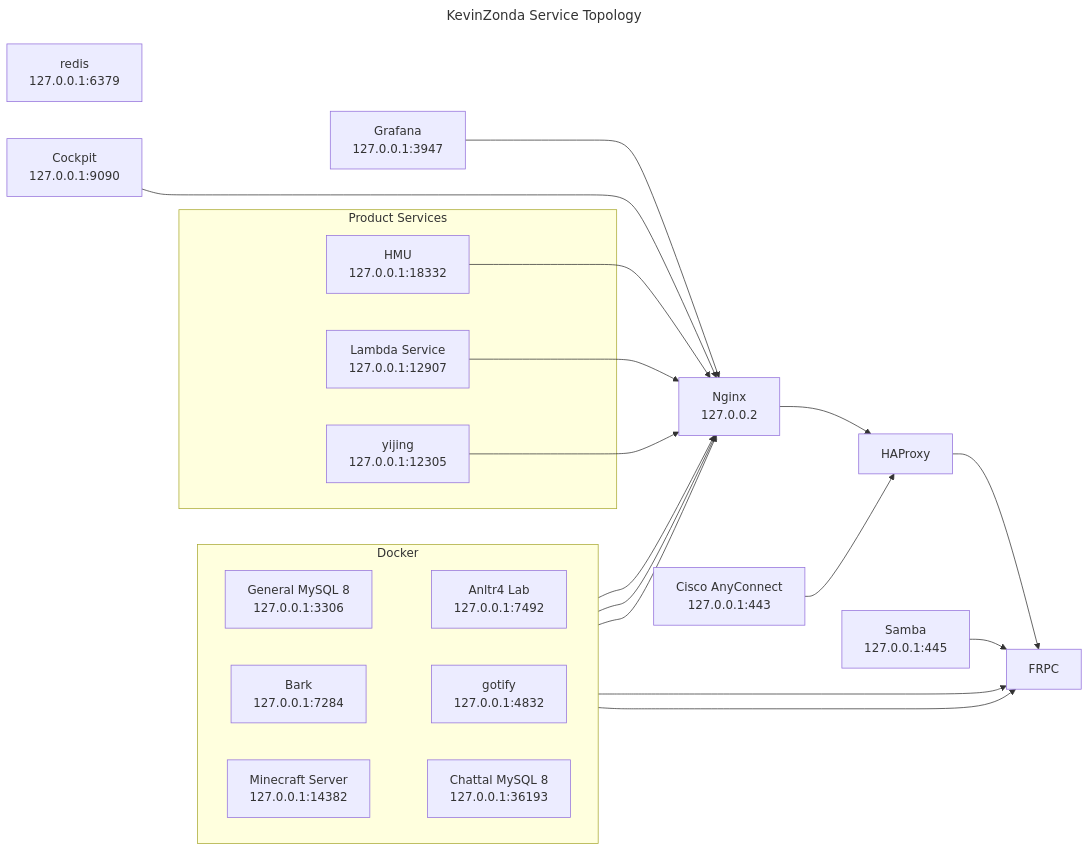
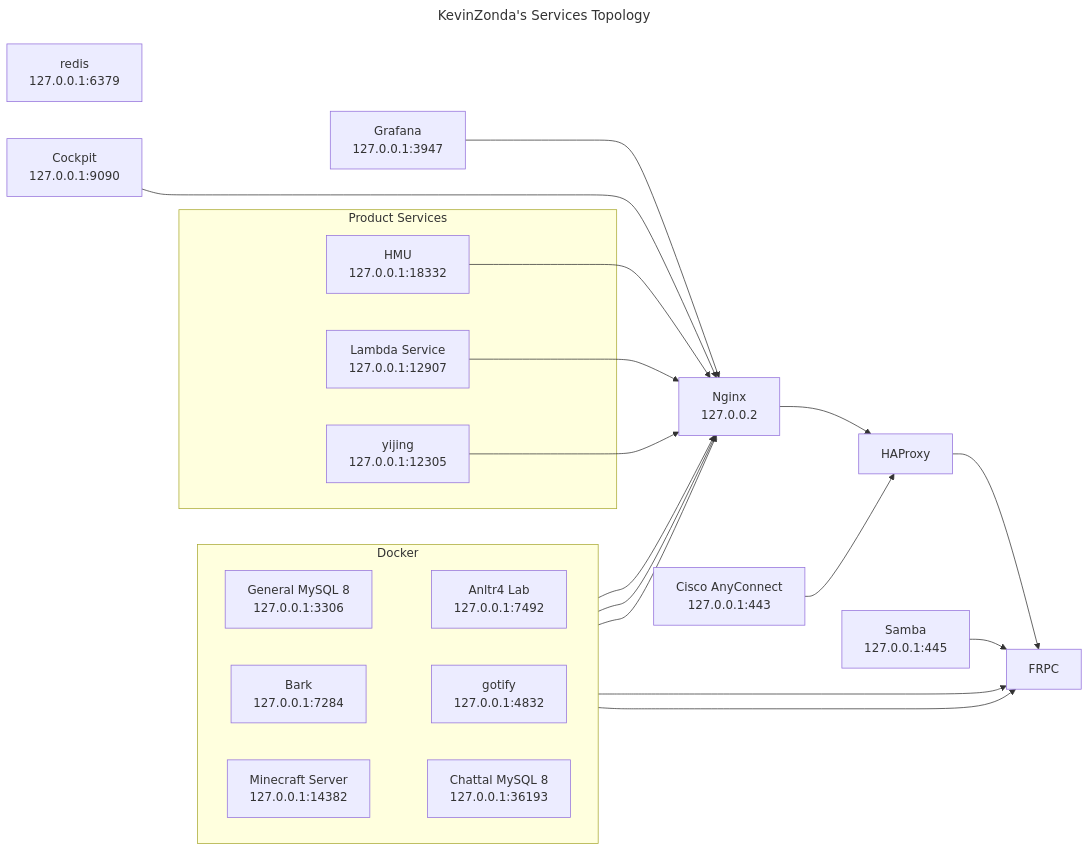
Before and after one commit to KevinZonda/dot: the second of 2 diagrams in README.md, drawn with Mermaid. The commit also changed other lines of this file, not shown here.

````diff
--- a/README.md
+++ b/README.md
@@ -44,54 +44,54 @@
 ```mermaid
 ---
-title: KevinZonda Service Topology
+title: KevinZonda's Services Topology
 ---
 flowchart LR
     grafana[Grafana<br>127.0.0.1:3947]
     smb[Samba<br>127.0.0.1:445]
     redis[redis<br>127.0.0.1:6379]
     
     anyconnect[Cisco AnyConnect<br>127.0.0.1:443]
     ngx[Nginx<br>127.0.0.2]
     cockpit[Cockpit<br>127.0.0.1:9090]
     haproxy[HAProxy]
     subgraph docker[Docker]
         direction LR
         mc[Minecraft Server<br>127.0.0.1:14382]
         mysql_ch[Chattal MySQL 8<br>127.0.0.1:36193]
         mysql_general[General MySQL 8<br>127.0.0.1:3306]
         bark[Bark<br>127.0.0.1:7284]
         antlr4[Anltr4 Lab<br>127.0.0.1:7492]
         gotify[gotify<br>127.0.0.1:4832]
 
         mysql_general ~~~ antlr4
         bark ~~~ gotify
         mc ~~~ mysql_ch
     end
 
     subgraph svc[Product Services]
         hmu[HMU<br>127.0.0.1:18332]
         lambda[Lambda Service<br>127.0.0.1:12907]
         yijing[yijing<br>127.0.0.1:12305]
     end
 
     frpc[FRPC]
 
     bark    --> ngx
     antlr4  --> ngx
     gotify  --> ngx
     grafana --> ngx
     cockpit --> ngx
     hmu     --> ngx
     lambda  --> ngx
     yijing  --> ngx
 
     cockpit ~~~ grafana
 
     ngx        --> haproxy
     anyconnect --> haproxy
 
     haproxy  --> frpc
     smb      --> frpc
     mysql_ch --> frpc
     mc       --> frpc
 ```
````
